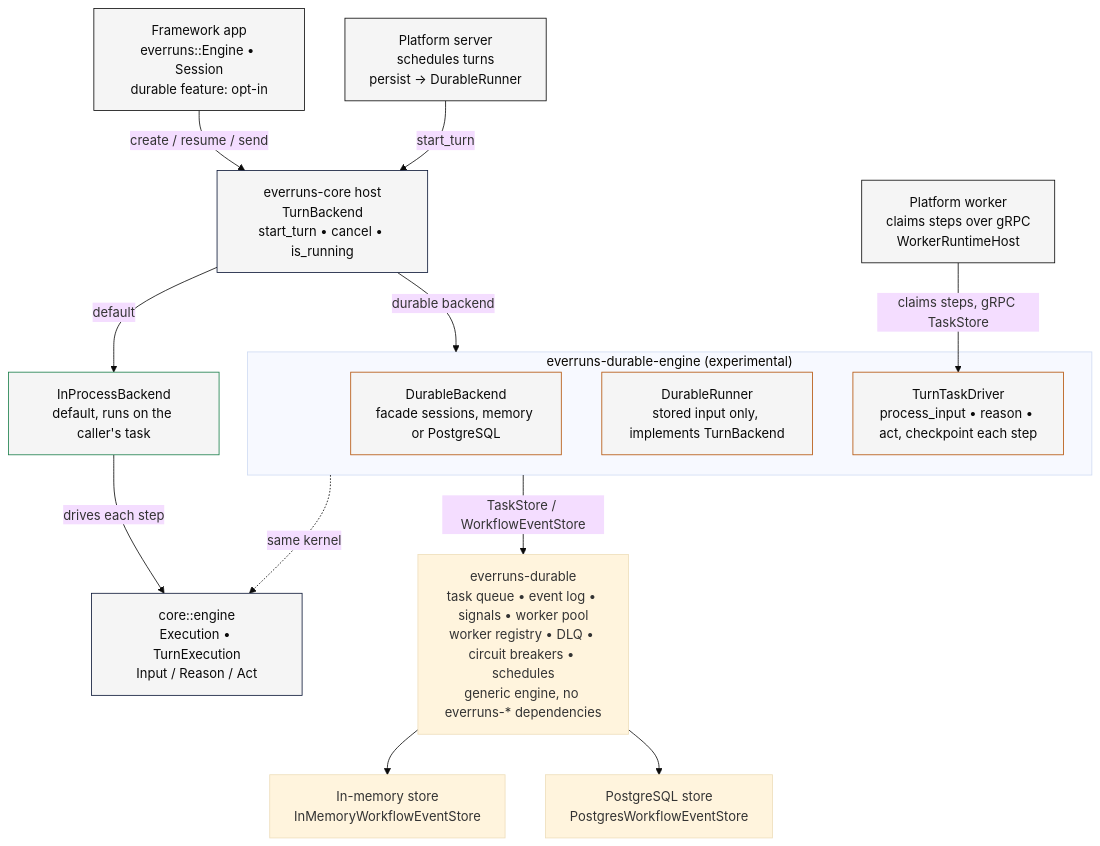
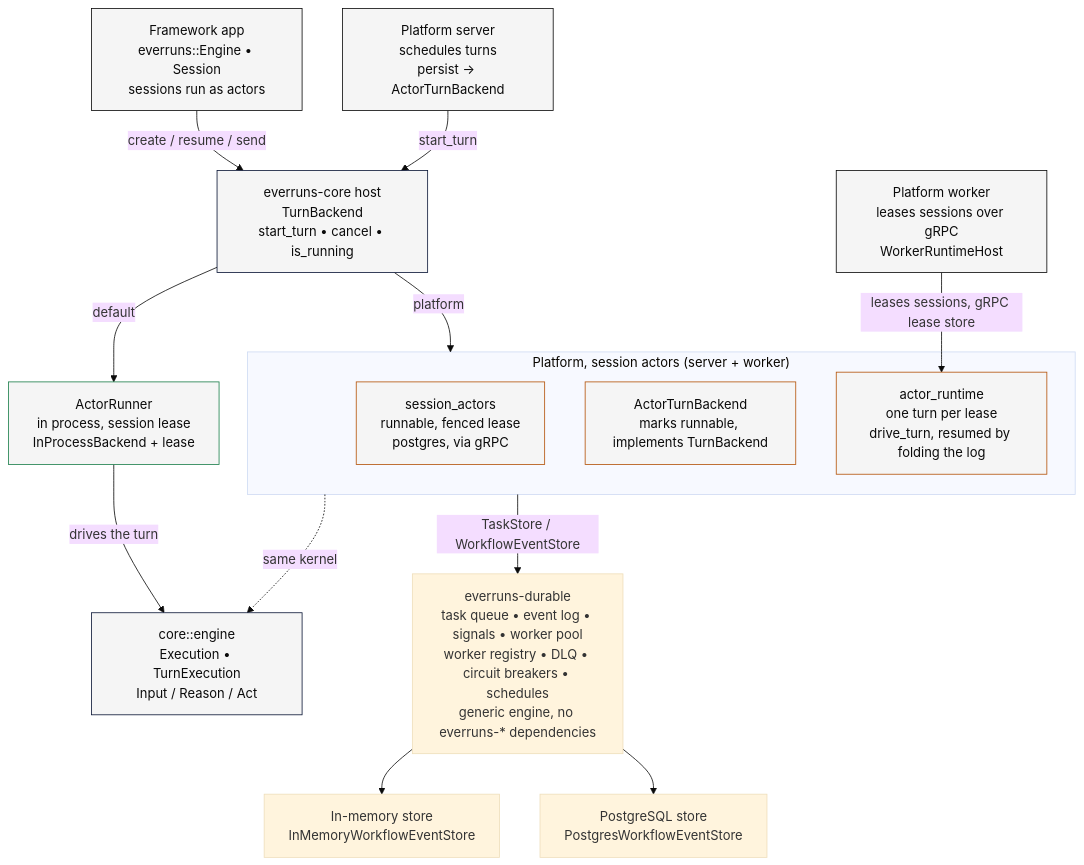
Before and after one commit to everruns/everruns: the diagram in docs/framework/architecture.mmd, drawn with Mermaid (base theme). The commit also changed 6 other files, not shown here.

First line of the commit message:
docs(platform): describe turns as leased session actors

```diff
--- a/docs/framework/architecture.mmd
+++ b/docs/framework/architecture.mmd
@@ -1,41 +1,41 @@
 flowchart TB
-    F["Framework app<br/>everruns::Engine • Session<br/>durable feature: opt-in"]
-    S["Platform server<br/>schedules turns<br/>persist → DurableRunner"]
-    W["Platform worker<br/>claims steps over gRPC<br/>WorkerRuntimeHost"]
+    F["Framework app<br/>everruns::Engine • Session<br/>sessions run as actors"]
+    S["Platform server<br/>schedules turns<br/>persist → ActorTurnBackend"]
+    W["Platform worker<br/>leases sessions over gRPC<br/>WorkerRuntimeHost"]
 
     B["everruns-core host<br/>TurnBackend<br/>start_turn • cancel • is_running"]
 
-    I["InProcessBackend<br/>default, runs on the caller's task"]
+    I["ActorRunner<br/>in process, session lease<br/>InProcessBackend + lease"]
 
-    subgraph DE["everruns-durable-engine (experimental)"]
-        DB["DurableBackend<br/>facade sessions, memory or PostgreSQL"]
-        DR["DurableRunner<br/>stored input only, implements TurnBackend"]
-        TD["TurnTaskDriver<br/>process_input • reason • act, checkpoint each step"]
+    subgraph DE["Platform, session actors (server + worker)"]
+        SA["session_actors<br/>runnable, fenced lease<br/>postgres, via gRPC"]
+        DR["ActorTurnBackend<br/>marks runnable, implements TurnBackend"]
+        TD["actor_runtime<br/>one turn per lease<br/>drive_turn, resumed by folding the log"]
     end
 
     K["core::engine<br/>Execution • TurnExecution<br/>Input / Reason / Act"]
 
     D["everruns-durable<br/>task queue • event log • signals • worker pool<br/>worker registry • DLQ • circuit breakers • schedules<br/>generic engine, no everruns-* dependencies"]
 
     M["In-memory store<br/>InMemoryWorkflowEventStore"]
     P["PostgreSQL store<br/>PostgresWorkflowEventStore"]
 
     F -->|"create / resume / send"| B
     S -->|"start_turn"| B
     B -->|"default"| I
-    B -->|"durable backend"| DE
-    W -->|"claims steps, gRPC TaskStore"| TD
-    I -->|"drives each step"| K
+    B -->|"platform"| DE
+    W -->|"leases sessions, gRPC lease store"| TD
+    I -->|"drives the turn"| K
     DE -.->|"same kernel"| K
     DE -->|"TaskStore / WorkflowEventStore"| D
     D --> M
     D --> P
 
     classDef application fill:#F5F5F5,stroke:#0A0A0A,color:#0A0A0A
     classDef immediate fill:#F5F5F5,stroke:#1B7F4B,color:#0A0A0A
     classDef durable fill:#F5F5F5,stroke:#B45309,color:#0A0A0A
     classDef kernel fill:#F5F5F5,stroke:#0A1636,color:#0A0A0A
     class F,S,W application
     class I immediate
-    class DB,DR,TD durable
+    class SA,DR,TD durable
     class B,K kernel
```
